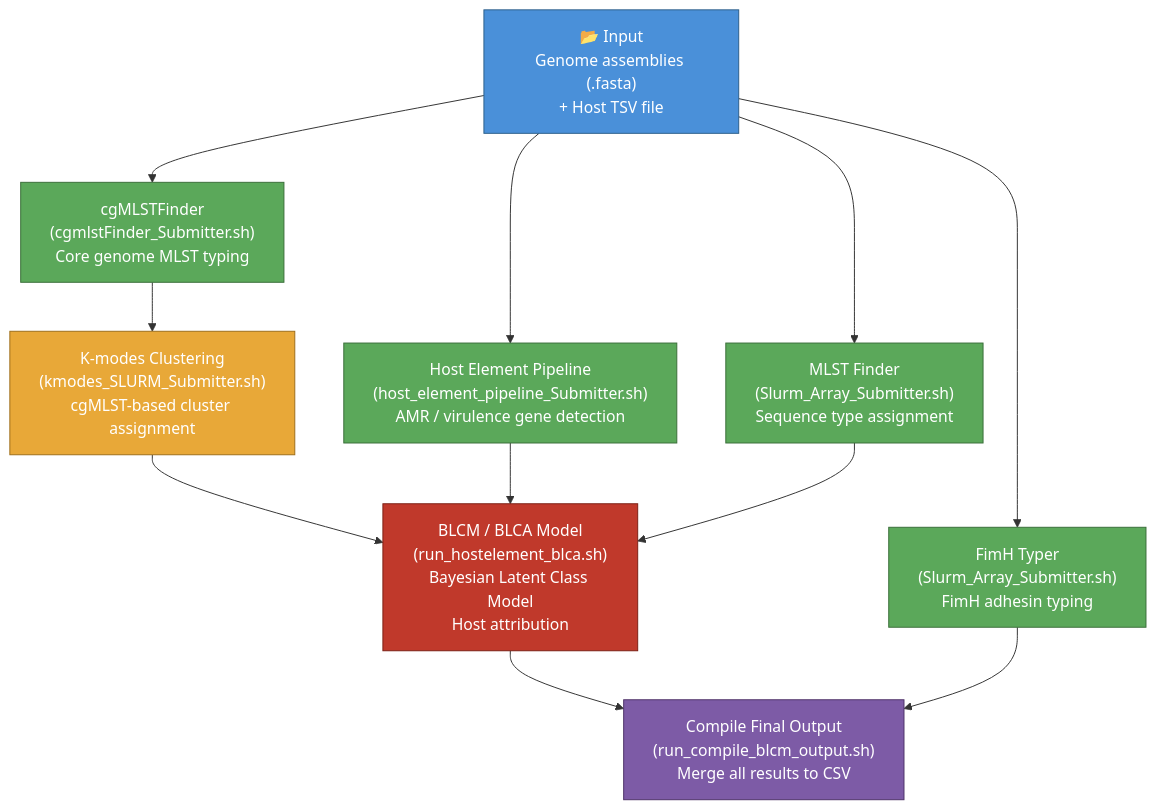
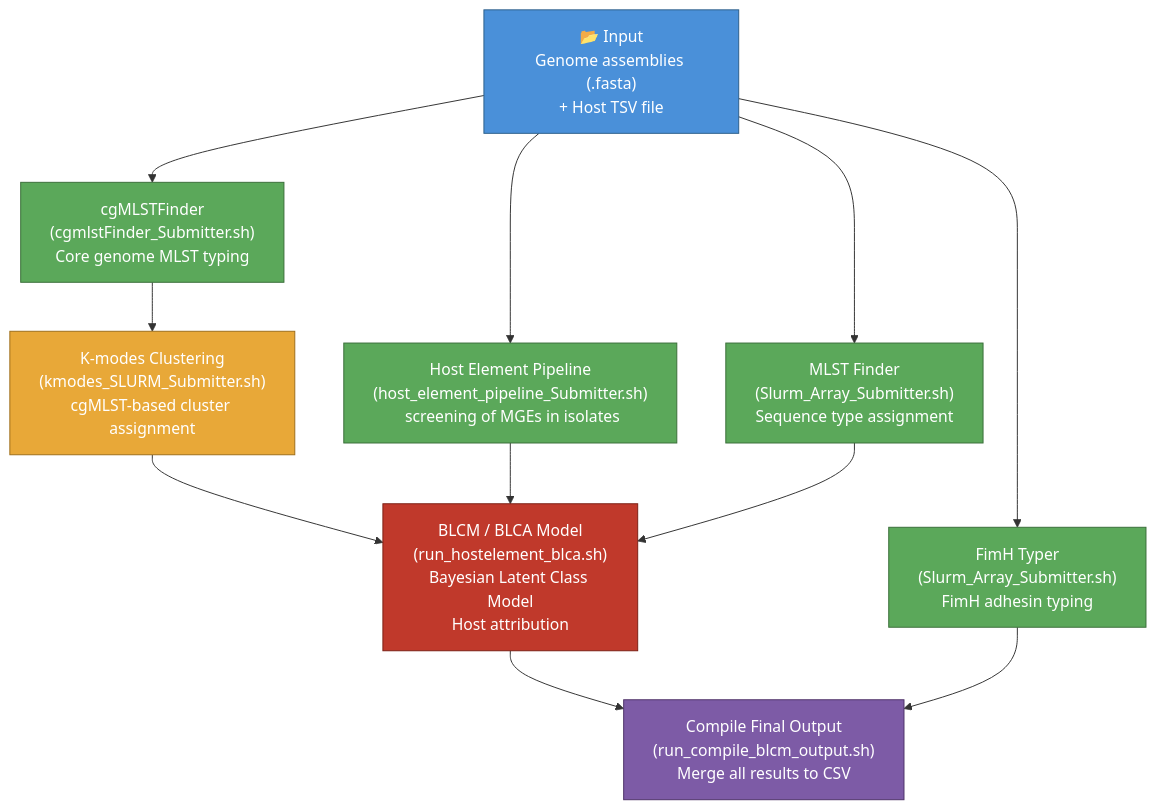
Before and after one commit to Jonedrengen/general_JonThesis: the diagram in Food-epidemiology/host_element_V3/pipeline_diagram.md, drawn with Mermaid.

Commit message:
adding chart

````diff
--- a/Food-epidemiology/host_element_V3/pipeline_diagram.md
+++ b/Food-epidemiology/host_element_V3/pipeline_diagram.md
@@ -2,27 +2,27 @@
 ```mermaid
 flowchart TD
     A["📂 Input\nGenome assemblies (.fasta)\n+ Host TSV file"]
 
     A --> B["cgMLSTFinder\n(cgmlstFinder_Submitter.sh)\nCore genome MLST typing"]
-    A --> C["Host Element Pipeline\n(host_element_pipeline_Submitter.sh)\nAMR / virulence gene detection"]
+    A --> C["Host Element Pipeline\n(host_element_pipeline_Submitter.sh)\n screening of MGEs in isolates"]
     A --> D["MLST Finder\n(Slurm_Array_Submitter.sh)\nSequence type assignment"]
     A --> E["FimH Typer\n(Slurm_Array_Submitter.sh)\nFimH adhesin typing"]
 
     B --> F["K-modes Clustering\n(kmodes_SLURM_Submitter.sh)\ncgMLST-based cluster assignment"]
 
     F --> G["BLCM / BLCA Model\n(run_hostelement_blca.sh)\nBayesian Latent Class Model\nHost attribution"]
     C --> G
     D --> G
 
     G --> H["Compile Final Output\n(run_compile_blcm_output.sh)\nMerge all results to CSV"]
     E --> H
 
     style A fill:#4a90d9,color:#fff,stroke:#2c5f8a
     style B fill:#5ba85a,color:#fff,stroke:#3a6e39
     style C fill:#5ba85a,color:#fff,stroke:#3a6e39
     style D fill:#5ba85a,color:#fff,stroke:#3a6e39
     style E fill:#5ba85a,color:#fff,stroke:#3a6e39
     style F fill:#e8a838,color:#fff,stroke:#9e6e1a
     style G fill:#c0392b,color:#fff,stroke:#7b1f14
     style H fill:#7d5ba6,color:#fff,stroke:#4e3268
 ```
````
